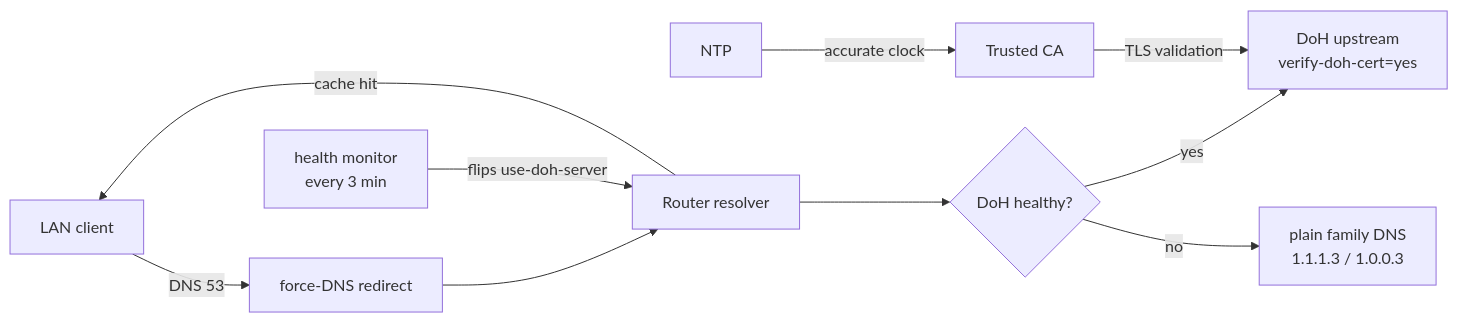
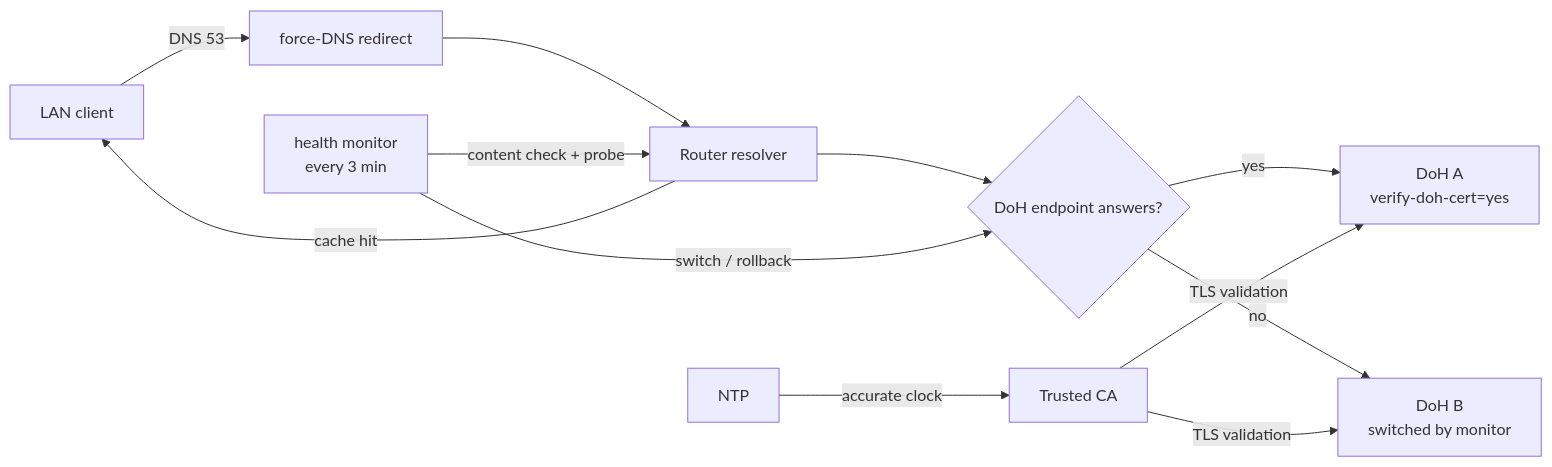
One commit to paulmann/mikrotik-doh-failover changed the diagram in docs/architecture.md. Above: the diagram before and after it, drawn with Mermaid. The commit also changed other lines of this file and 18 other files, not shown here.

````diff
--- a/docs/architecture.md
+++ b/docs/architecture.md
@@ -31,12 +35,14 @@
 ```mermaid
 flowchart LR
     Client[LAN client] -->|DNS 53| ForceDNS[force-DNS redirect]
     ForceDNS --> Resolver[Router resolver]
     Resolver -->|cache hit| Client
-    Resolver --> Mode{DoH healthy?}
-    Mode -->|yes| DoH[DoH upstream<br/>verify-doh-cert=yes]
-    Mode -->|no| Plain[plain family DNS<br/>1.1.1.3 / 1.0.0.3]
-    Monitor[health monitor<br/>every 3 min] -->|flips use-doh-server| Resolver
+    Resolver --> Mode{DoH endpoint answers?}
+    Mode -->|yes| DoH[DoH A<br/>verify-doh-cert=yes]
+    Mode -->|no| DoHB[DoH B<br/>switched by monitor]
+    Monitor[health monitor<br/>every 3 min] -->|content check + probe| Resolver
+    Monitor -->|switch / rollback| Mode
     CA[Trusted CA] -->|TLS validation| DoH
+    CA -->|TLS validation| DoHB
     NTP[NTP] -->|accurate clock| CA
 ```
````
